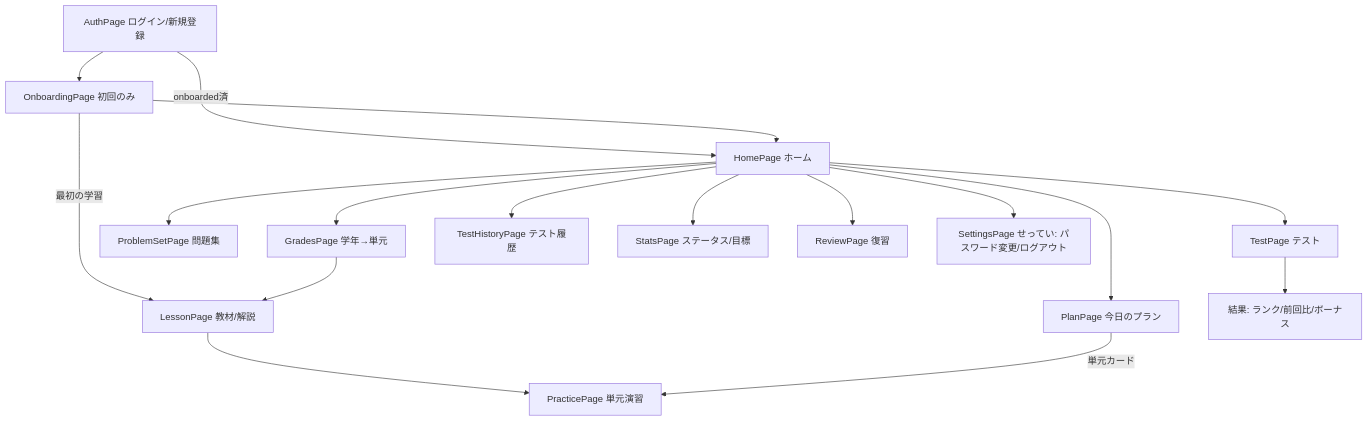
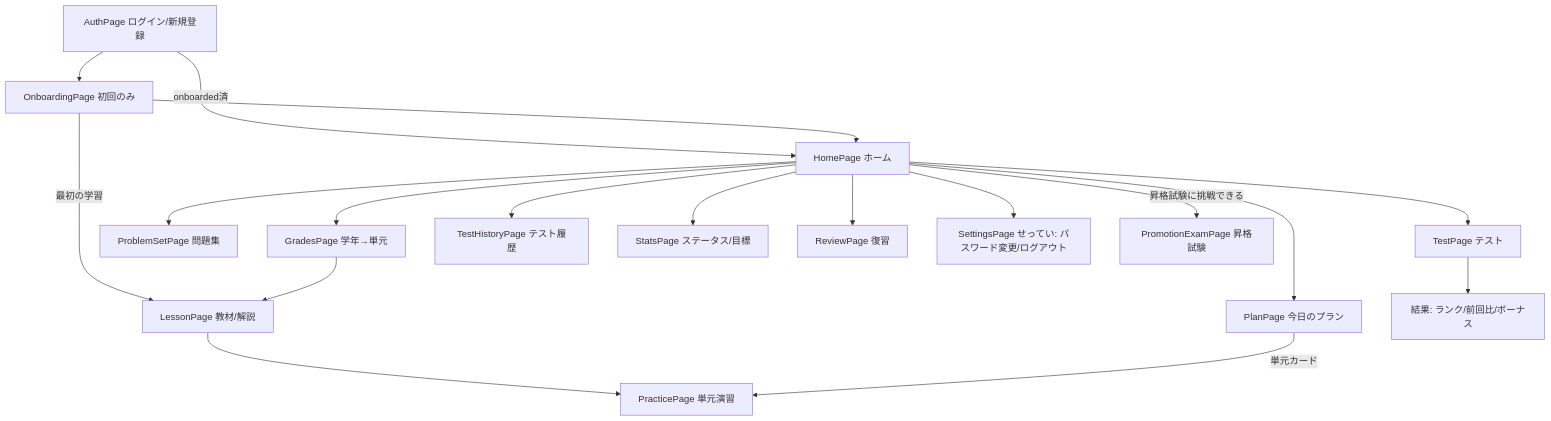
Before and after one commit to ryohmichi-rgb/Test2: the second of 2 diagrams in DESIGN.md, drawn with Mermaid. The commit also changed other lines of this file and 28 other files, not shown here.

````diff
--- a/DESIGN.md
+++ b/DESIGN.md
@@ -454,19 +539,20 @@
 ```mermaid
 flowchart TD
     Auth["AuthPage ログイン/新規登録"] --> Onb["OnboardingPage 初回のみ"]
     Auth -->|onboarded済| Home["HomePage ホーム"]
     Onb --> Home
     Onb -->|最初の学習| Lesson
     Home --> Plan["PlanPage 今日のプラン"]
     Home --> Grades["GradesPage 学年→単元"]
     Grades --> Lesson["LessonPage 教材/解説"]
     Lesson --> Practice["PracticePage 単元演習"]
     Home --> PSet["ProblemSetPage 問題集"]
     Home --> Test["TestPage テスト"]
     Test --> TestResult["結果: ランク/前回比/ボーナス"]
     Home --> History["TestHistoryPage テスト履歴"]
     Home --> Stats["StatsPage ステータス/目標"]
     Home --> Review["ReviewPage 復習"]
     Home --> Settings["SettingsPage せってい: パスワード変更/ログアウト"]
+    Home -->|昇格試験に挑戦できる| Exam["PromotionExamPage 昇格試験"]
     Plan -->|単元カード| Practice
 ```
````
